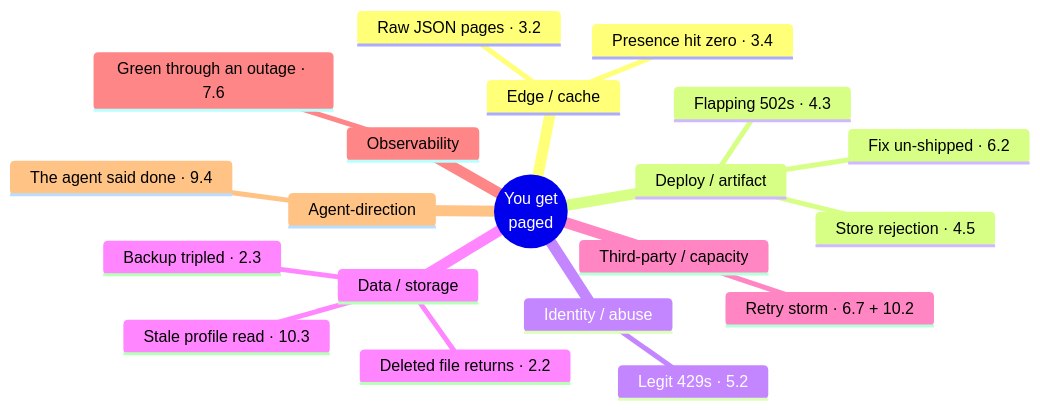
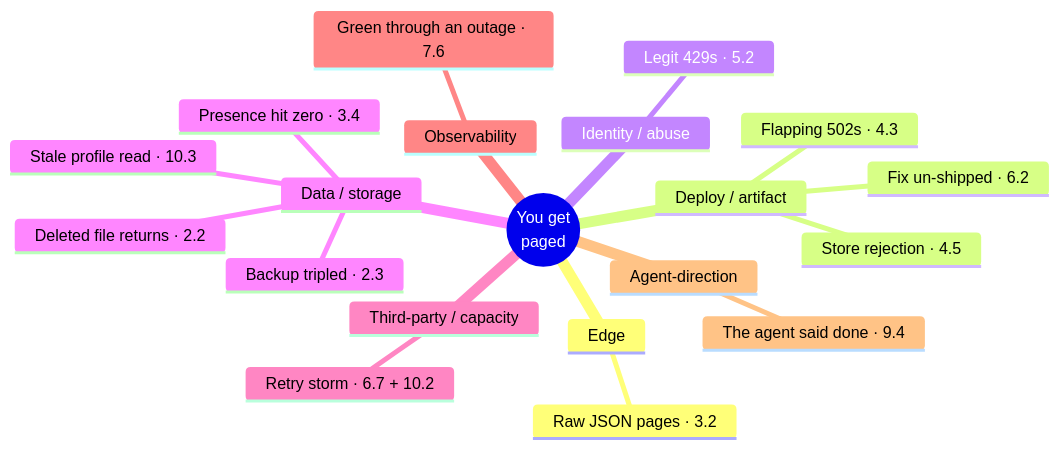
The second of 2 diagrams in modules/12-capstone/module.md (Tamoura/system-design-for-vibe-coders), drawn with Mermaid before and after one commit. The commit also changed other lines of this file and 551 other files, not shown here.

````diff
--- a/modules/12-capstone/module.md
+++ b/modules/12-capstone/module.md
@@ -529,23 +538,23 @@
 ```mermaid
 mindmap
   root(("You get<br/>paged"))
-    Edge / cache
+    Edge
       Raw JSON pages · 3.2
-      Presence hit zero · 3.4
     Deploy / artifact
       Flapping 502s · 4.3
       Fix un-shipped · 6.2
       Store rejection · 4.5
     Identity / abuse
       Legit 429s · 5.2
     Data / storage
       Backup tripled · 2.3
       Deleted file returns · 2.2
       Stale profile read · 10.3
+      Presence hit zero · 3.4
     Third-party / capacity
       Retry storm · 6.7 + 10.2
     Observability
       Green through an outage · 7.6
     Agent-direction
       The agent said done · 9.4
 ```
````
